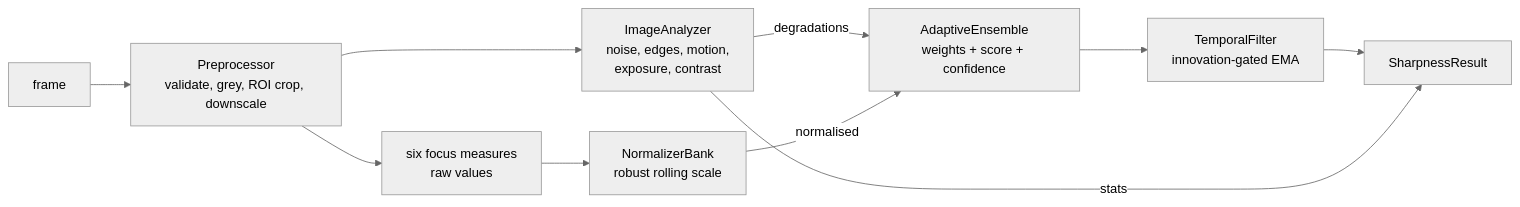
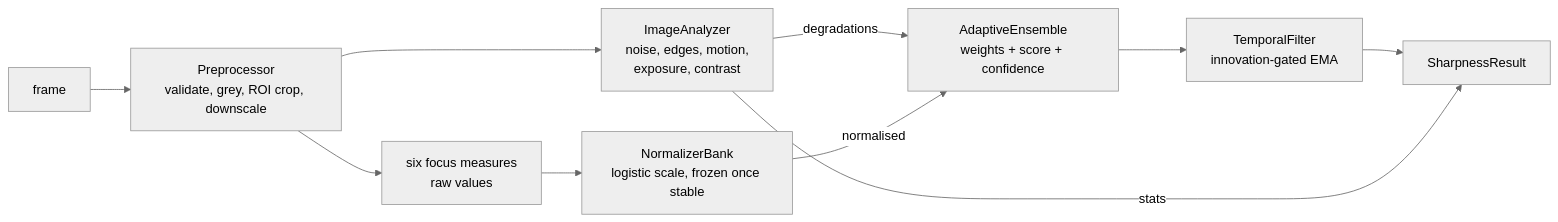
Before and after one commit to RE22GDV/adaptive-sharpness: the diagram in README.md, drawn with Mermaid (neutral theme). The commit also changed other lines of this file and 39 other files, not shown here.

````diff
--- a/README.md
+++ b/README.md
@@ -280,12 +280,12 @@
 ```mermaid
 flowchart LR
     B[frame] --> P[Preprocessor<br/>validate, grey, ROI crop, downscale]
     P --> C[ImageAnalyzer<br/>noise, edges, motion,<br/>exposure, contrast]
     P --> D[six focus measures<br/>raw values]
-    D --> E[NormalizerBank<br/>robust rolling scale]
+    D --> E[NormalizerBank<br/>logistic scale, frozen once stable]
     C -->|degradations| F
     E -->|normalised| F[AdaptiveEnsemble<br/>weights + score + confidence]
     F --> G[TemporalFilter<br/>innovation-gated EMA]
     G --> H[SharpnessResult]
     C -->|stats| H
 ```
````
